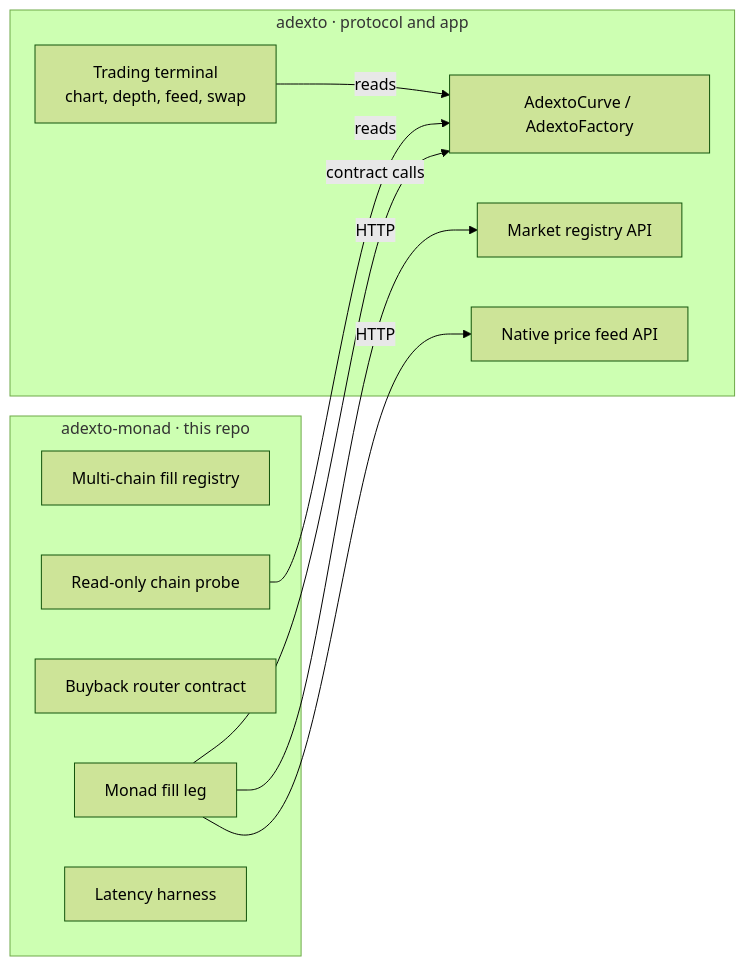
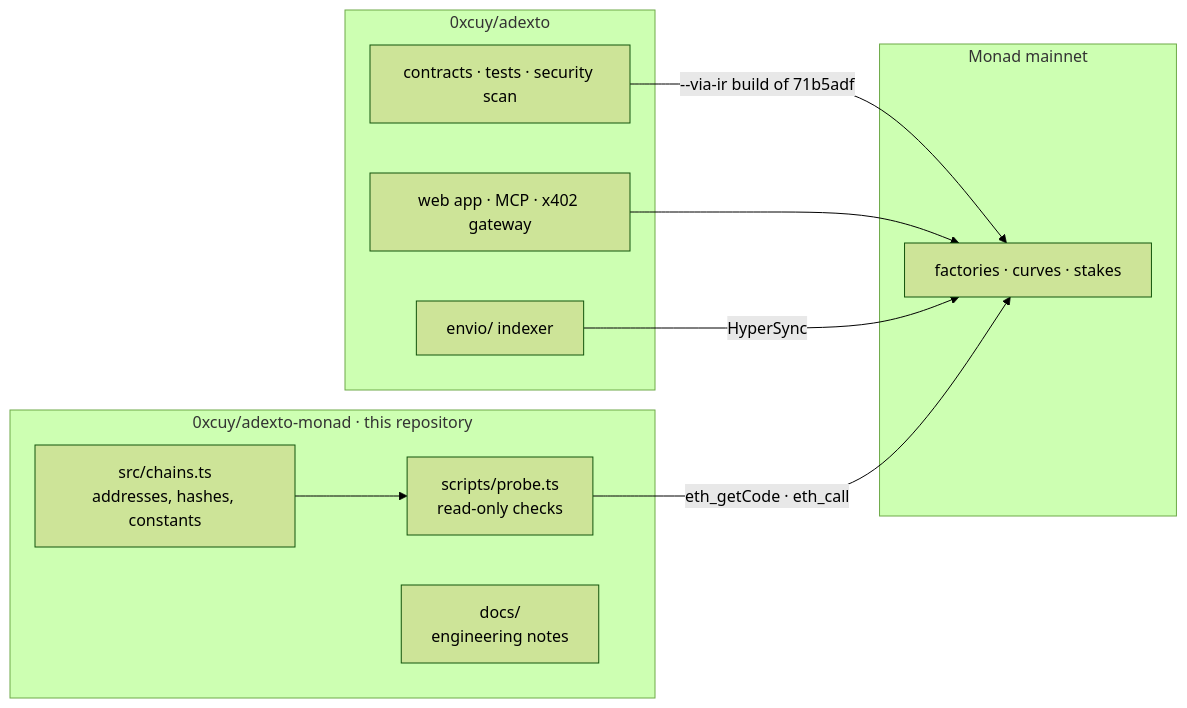
One commit to 0xcuy/adexto-monad changed the second of 2 diagrams in README.md. Above: the diagram before and after it, drawn with Mermaid (forest theme). The commit also changed other lines of this file and 11 other files, not shown here.

````diff
--- a/README.md
+++ b/README.md
@@ -923,23 +279,20 @@
 ```mermaid
 flowchart LR
-    subgraph this["adexto-monad · this repo"]
-        A1["Multi-chain fill registry"]
-        A2["Monad fill leg"]
-        A3["Buyback router contract"]
-        A4["Read-only chain probe"]
-        A5["Latency harness"]
+    subgraph here["0xcuy/adexto-monad · this repository"]
+        R["src/chains.ts<br/>addresses, hashes, constants"]
+        P["scripts/probe.ts<br/>read-only checks"]
+        D["docs/<br/>engineering notes"]
     end
-
-    subgraph parent["adexto · protocol and app"]
-        B1["AdextoCurve / AdextoFactory"]
-        B2["Trading terminal<br/>chart, depth, feed, swap"]
-        B3["Market registry API"]
-        B4["Native price feed API"]
+    subgraph main["0xcuy/adexto"]
+        SOL["contracts · tests · security scan"]
+        APP["web app · MCP · x402 gateway"]
+        ENV["envio/ indexer"]
     end
-
-    A2 -->|"HTTP"| B3
-    A2 -->|"HTTP"| B4
-    A2 -->|"contract calls"| B1
-    A4 -->|"reads"| B1
-    B2 -->|"reads"| B1
+    subgraph chain["Monad mainnet"]
+        FAC["factories · curves · stakes"]
+    end
+    SOL -->|"--via-ir build of 71b5adf"| FAC
+    R --> P -->|"eth_getCode · eth_call"| FAC
+    APP --> FAC
+    ENV -->|"HyperSync"| FAC
 ```
````
